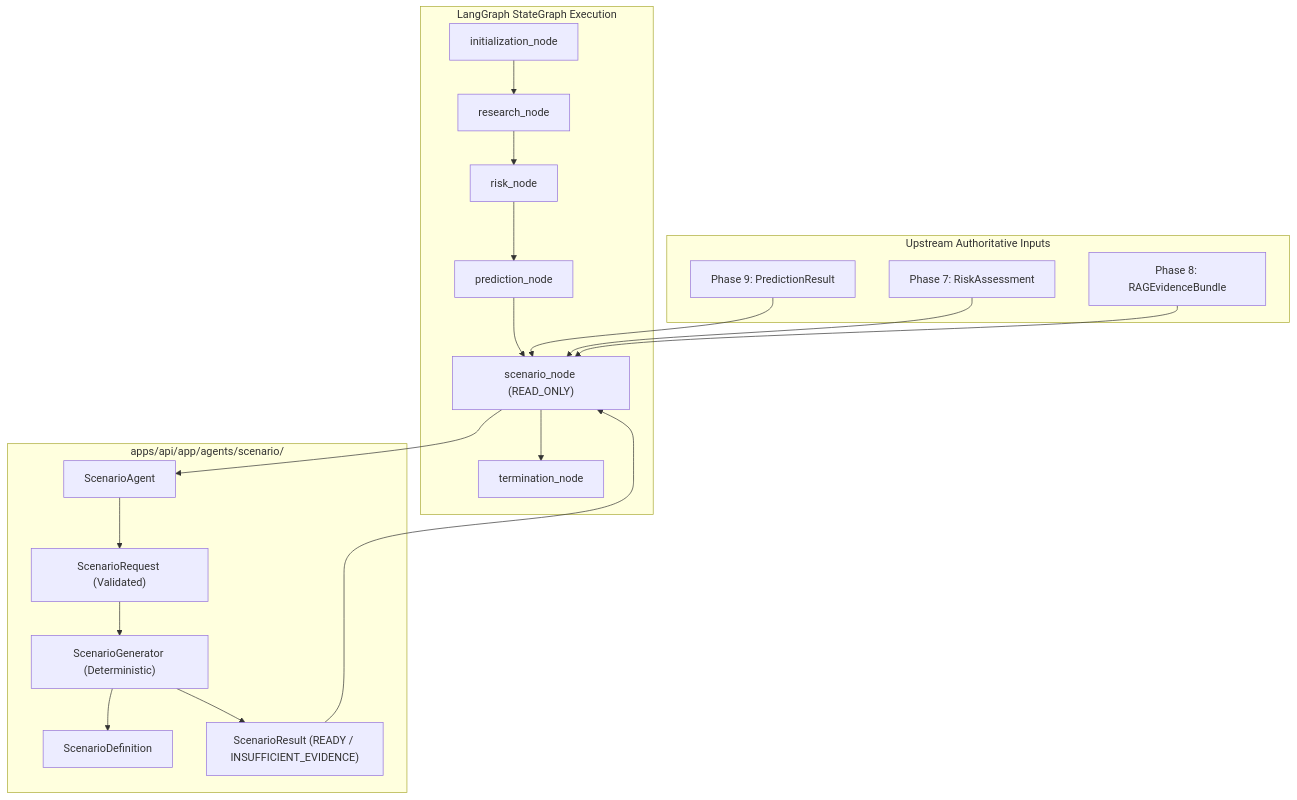
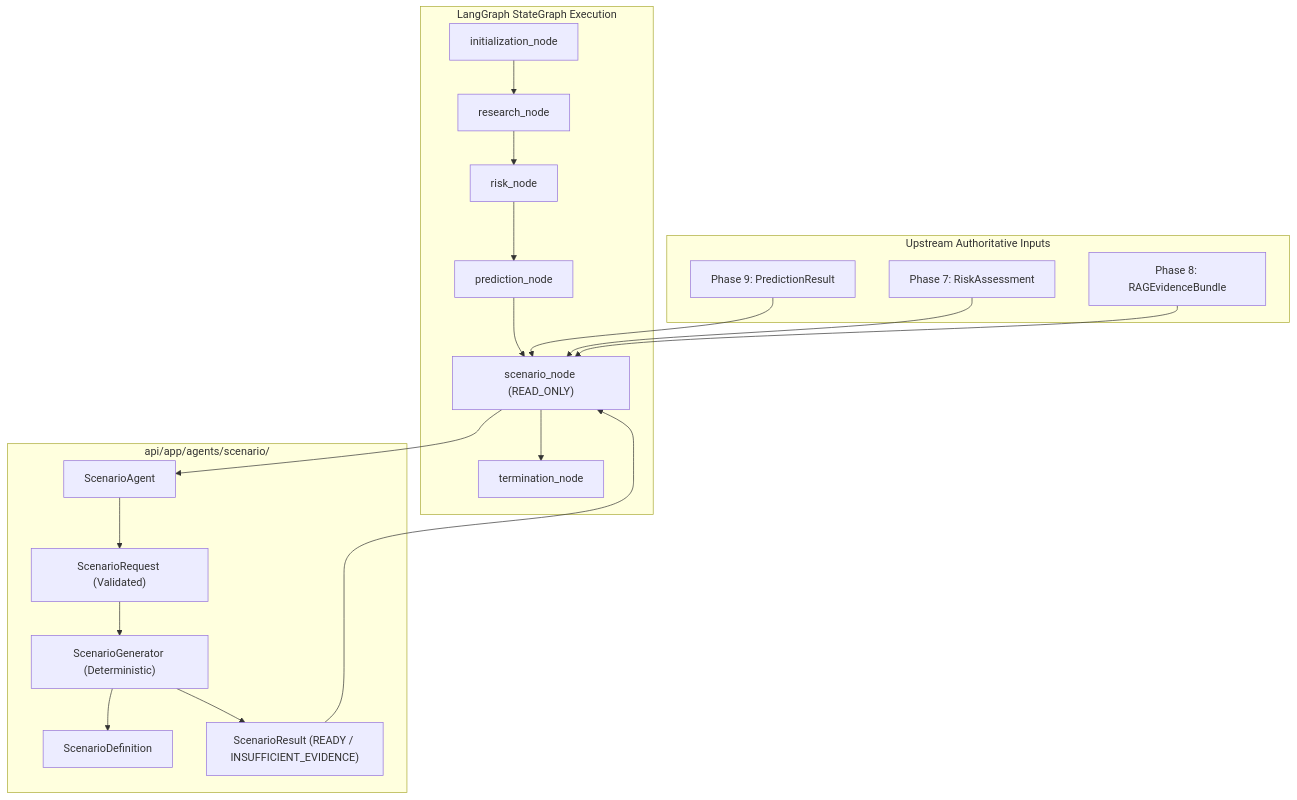
Before and after one commit to Suguda-Thakur-Marndi/ChainSentinel: the diagram in docs/phase9-scenario-agent.md, drawn with Mermaid. The commit also changed other lines of this file and 69 other files, not shown here.

````diff
--- a/docs/phase9-scenario-agent.md
+++ b/docs/phase9-scenario-agent.md
@@ -17,34 +17,34 @@
 ```mermaid
 flowchart TD
     subgraph Upstream["Upstream Authoritative Inputs"]
         RAG["Phase 8: RAGEvidenceBundle"]
         Risk["Phase 7: RiskAssessment"]
         Pred["Phase 9: PredictionResult"]
     end
 
     subgraph LangGraph["LangGraph StateGraph Execution"]
         Init["initialization_node"] --> ResNode["research_node"]
         ResNode --> RiskNode["risk_node"]
         RiskNode --> PredNode["prediction_node"]
         PredNode --> ScenNode["scenario_node (READ_ONLY)"]
         ScenNode --> TermNode["termination_node"]
     end
 
-    subgraph ScenarioCore["apps/api/app/agents/scenario/"]
+    subgraph ScenarioCore["api/app/agents/scenario/"]
         ScenAgent["ScenarioAgent"]
         ScenGen["ScenarioGenerator (Deterministic)"]
         ScenReq["ScenarioRequest (Validated)"]
         ScenDef["ScenarioDefinition"]
         ScenRes["ScenarioResult (READY / INSUFFICIENT_EVIDENCE)"]
     end
 
     Pred --> ScenNode
     Risk --> ScenNode
     RAG --> ScenNode
     ScenNode --> ScenAgent
     ScenAgent --> ScenReq
     ScenReq --> ScenGen
     ScenGen --> ScenDef
     ScenGen --> ScenRes
     ScenRes --> ScenNode
 ```
````
